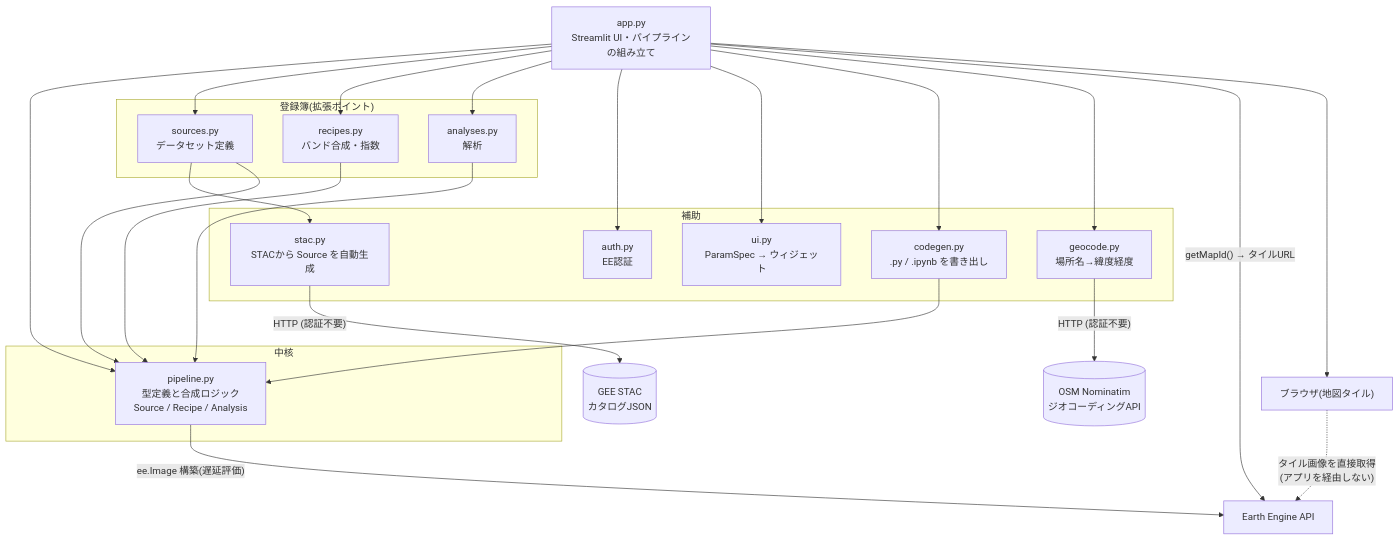
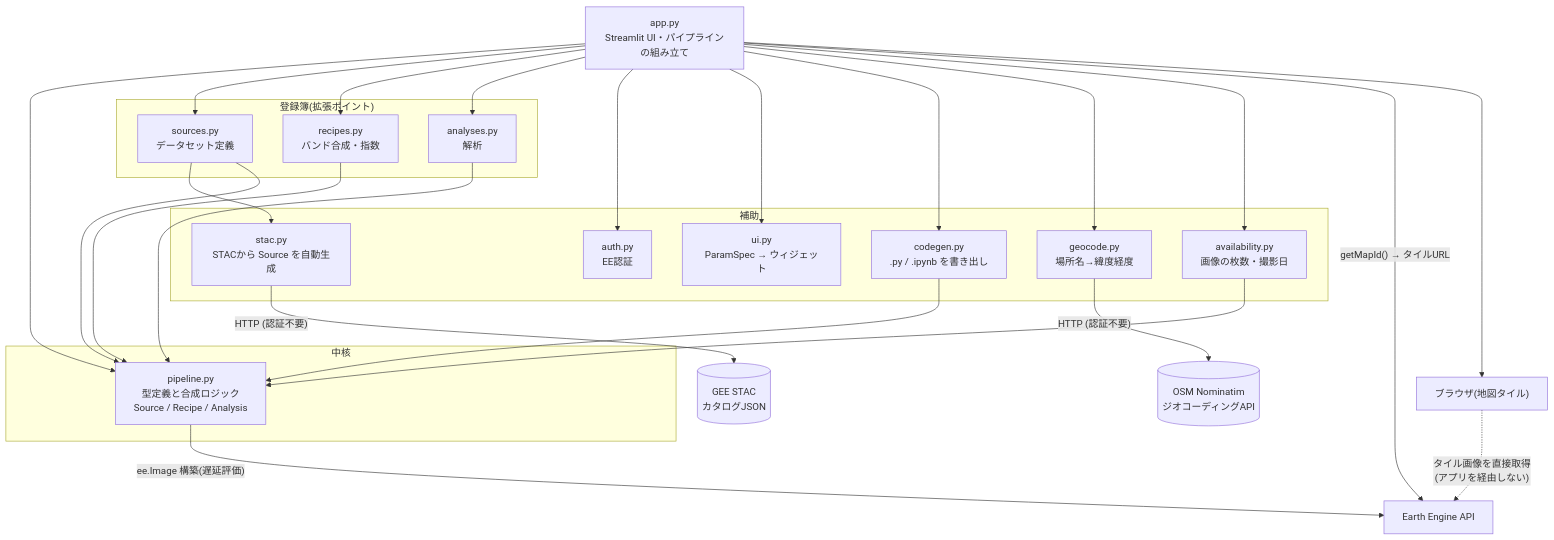
The second of 6 diagrams in docs/design.md (yoshida-shinnosuke/gee-viewer-fix), drawn with Mermaid before and after one commit. The commit also changed other lines of this file and 5 other files, not shown here.

````diff
--- a/docs/design.md
+++ b/docs/design.md
@@ -46,38 +46,40 @@
 ```mermaid
 flowchart TB
     app["app.py<br/>Streamlit UI・パイプラインの組み立て"]
 
     subgraph 中核
         pipeline["pipeline.py<br/>型定義と合成ロジック<br/>Source / Recipe / Analysis"]
     end
 
     subgraph 登録簿 ["登録簿(拡張ポイント)"]
         sources["sources.py<br/>データセット定義"]
         recipes["recipes.py<br/>バンド合成・指数"]
         analyses["analyses.py<br/>解析"]
     end
 
     subgraph 補助
         auth["auth.py<br/>EE認証"]
         stac["stac.py<br/>STACから Source を自動生成"]
         uimod["ui.py<br/>ParamSpec → ウィジェット"]
         codegen["codegen.py<br/>.py / .ipynb を書き出し"]
         geocode["geocode.py<br/>場所名→緯度経度"]
+        avail["availability.py<br/>画像の枚数・撮影日"]
     end
 
     ee_api["Earth Engine API"]
     browser["ブラウザ(地図タイル)"]
 
     app --> pipeline
     app --> sources & recipes & analyses
-    app --> auth & uimod & codegen & geocode
+    app --> auth & uimod & codegen & geocode & avail
+    avail --> pipeline
     sources --> stac
     codegen --> pipeline
     sources & recipes & analyses --> pipeline
     stac -->|"HTTP (認証不要)"| stac_json[("GEE STAC<br/>カタログJSON")]
     geocode -->|"HTTP (認証不要)"| nominatim[("OSM Nominatim<br/>ジオコーディングAPI")]
     pipeline -->|"ee.Image 構築(遅延評価)"| ee_api
     app -->|"getMapId() → タイルURL"| ee_api
     app --> browser
     browser -.->|"タイル画像を直接取得<br/>(アプリを経由しない)"| ee_api
 ```
````
